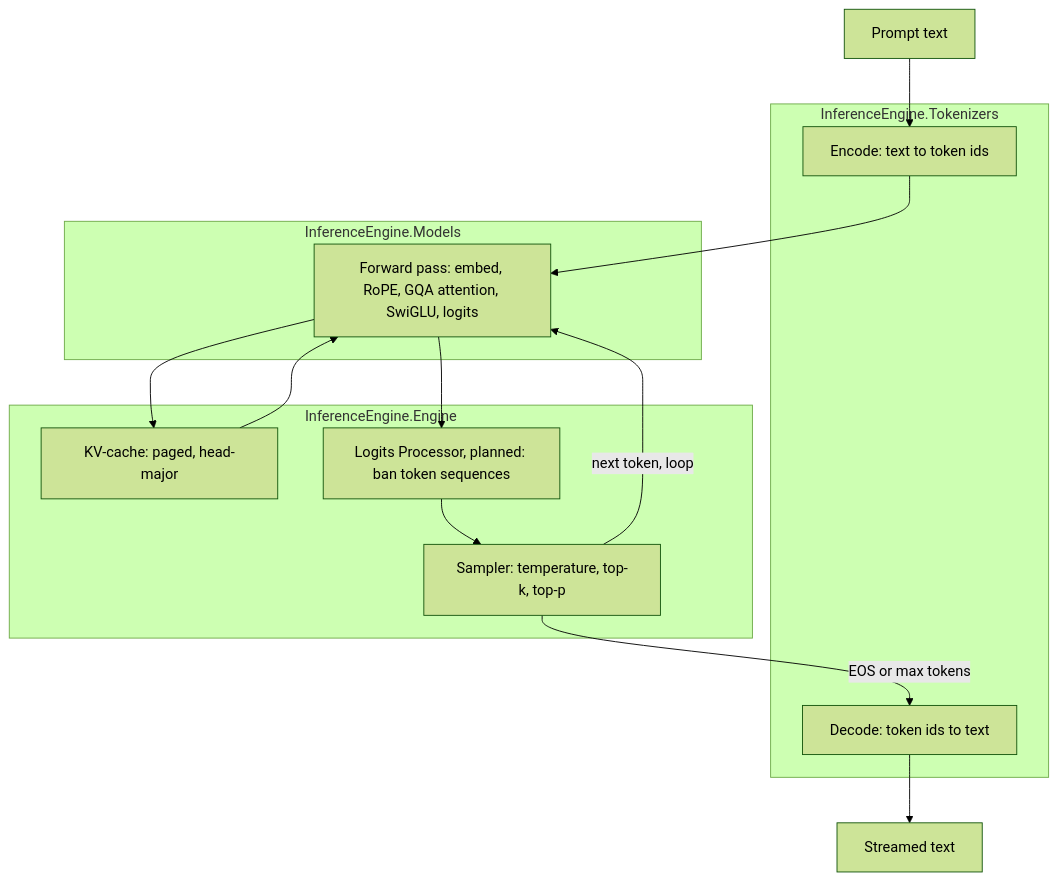
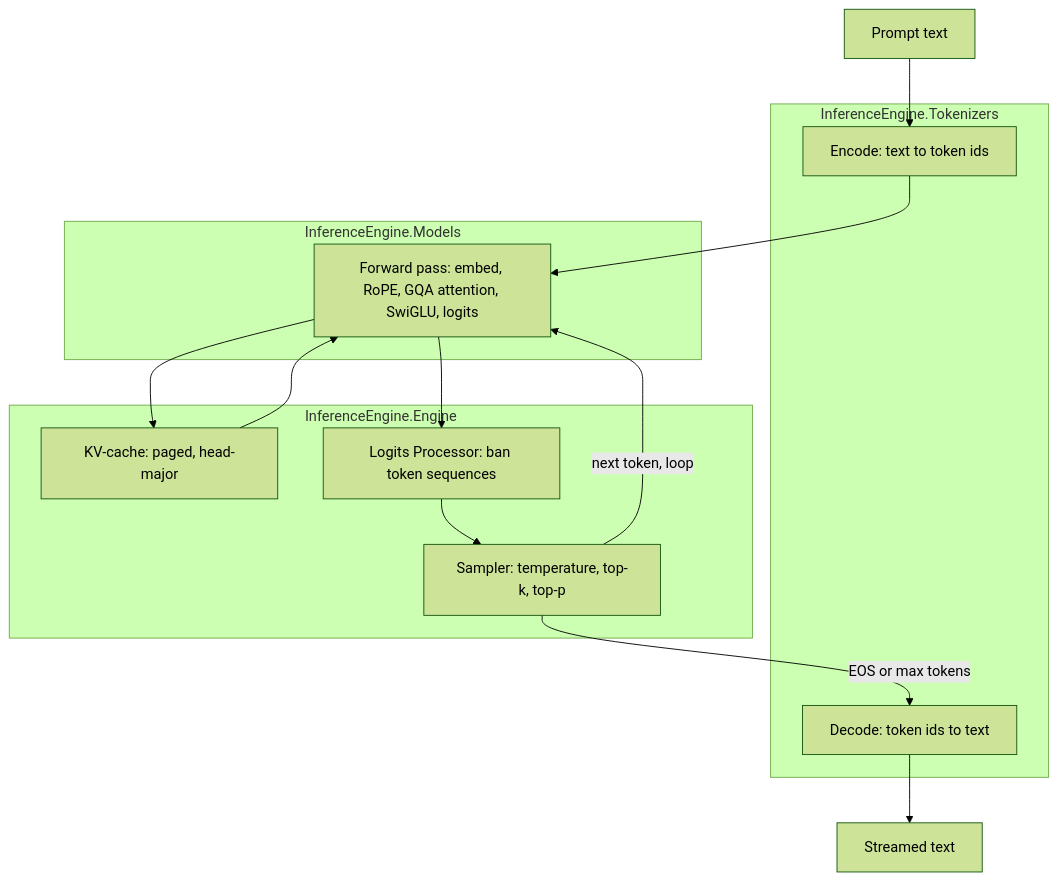
Before and after one commit to Glareone/AI-Inference-Execution-CSharp: the diagram in README.md, drawn with Mermaid (forest theme). The commit also changed other lines of this file and 26 other files, not shown here.

````diff
--- a/README.md
+++ b/README.md
@@ -31,27 +45,27 @@
 ```mermaid
 flowchart TB
     prompt["Prompt text"] --> encode
 
     subgraph tok["InferenceEngine.Tokenizers"]
         encode["Encode: text to token ids"]
         decode["Decode: token ids to text"]
     end
 
     subgraph mod["InferenceEngine.Models"]
         forward["Forward pass: embed, RoPE, GQA attention, SwiGLU, logits"]
     end
 
     subgraph eng["InferenceEngine.Engine"]
         kv["KV-cache: paged, head-major"]
-        processor["Logits Processor, planned: ban token sequences"]
+        processor["Logits Processor: ban token sequences"]
         sampler["Sampler: temperature, top-k, top-p"]
     end
 
     encode --> forward
     forward --> kv
     kv --> forward
     forward --> processor --> sampler
     sampler -->|next token, loop| forward
     sampler -->|EOS or max tokens| decode
     decode --> output["Streamed text"]
 ```
````
